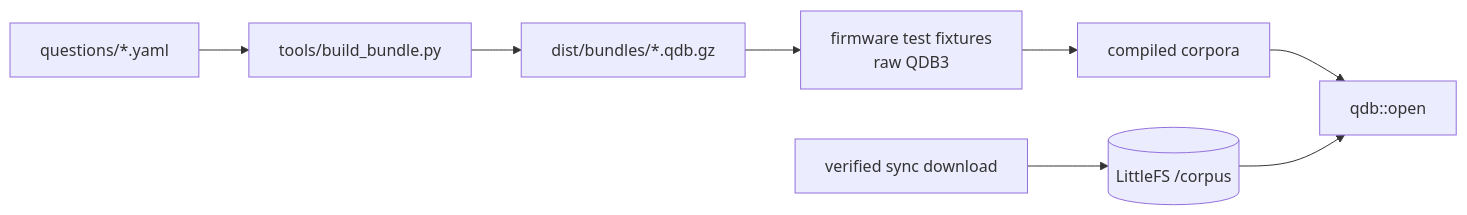
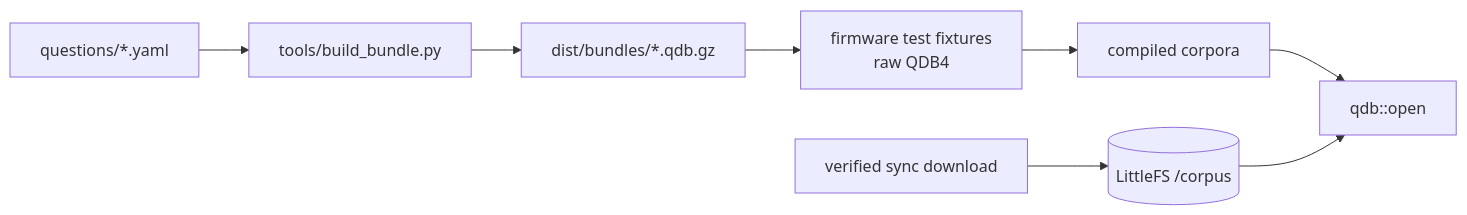
Before and after one commit to giacomomellone/cicala: the second of 8 diagrams in docs/firmware_architecture.md, drawn with Mermaid. The commit also changed other lines of this file and 102 other files, not shown here.

````diff
--- a/docs/firmware_architecture.md
+++ b/docs/firmware_architecture.md
@@ -108,10 +108,10 @@
 ```mermaid
 flowchart LR
     YAML[questions/*.yaml] --> BUILD[tools/build_bundle.py]
     BUILD --> GZIP[dist/bundles/*.qdb.gz]
-    GZIP --> RAW[firmware test fixtures<br/>raw QDB3]
+    GZIP --> RAW[firmware test fixtures<br/>raw QDB4]
     RAW --> EMBED[compiled corpora]
     HTTP[verified sync download] --> LFS[(LittleFS /corpus)]
     EMBED --> OPEN[qdb::open]
     LFS --> OPEN
 ```
````
